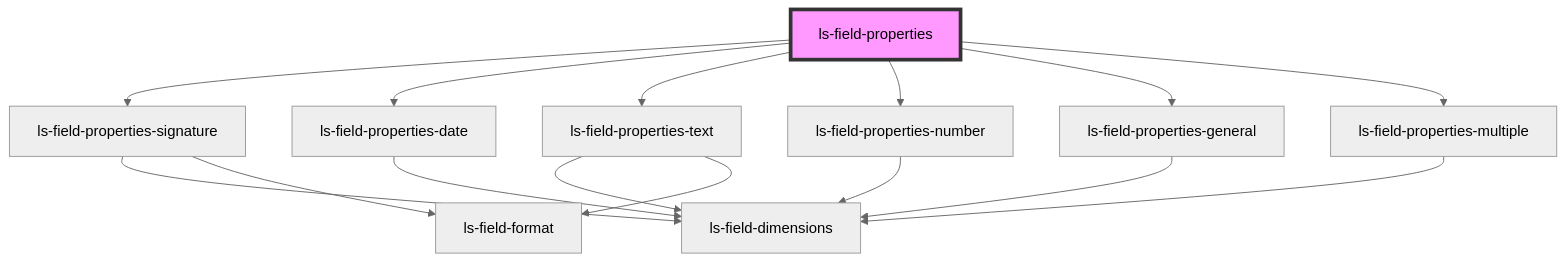
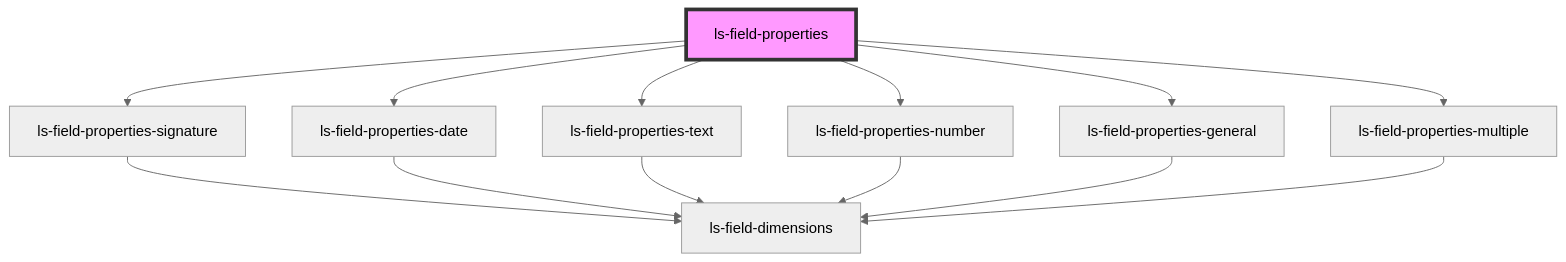
One commit to legalesign/ls-document-viewer changed the diagram in src/components/ls-field-properties/readme.md. Above: the diagram before and after it, drawn with Mermaid (neutral theme). The commit also changed 18 other files, not shown here.

````diff
--- a/src/components/ls-field-properties/readme.md
+++ b/src/components/ls-field-properties/readme.md
@@ -27,18 +27,16 @@
 ```mermaid
 graph TD;
   ls-field-properties --> ls-field-properties-signature
   ls-field-properties --> ls-field-properties-date
   ls-field-properties --> ls-field-properties-text
   ls-field-properties --> ls-field-properties-number
   ls-field-properties --> ls-field-properties-general
   ls-field-properties --> ls-field-properties-multiple
   ls-field-properties-signature --> ls-field-dimensions
-  ls-field-properties-signature --> ls-field-format
   ls-field-properties-date --> ls-field-dimensions
   ls-field-properties-text --> ls-field-dimensions
-  ls-field-properties-text --> ls-field-format
   ls-field-properties-number --> ls-field-dimensions
   ls-field-properties-general --> ls-field-dimensions
   ls-field-properties-multiple --> ls-field-dimensions
   style ls-field-properties fill:#f9f,stroke:#333,stroke-width:4px
 ```
````
